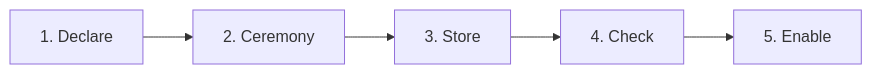
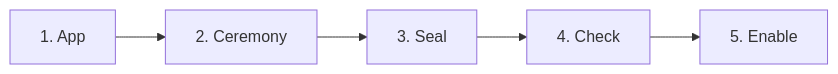
Before and after one commit to truvity/access-roster: the first of 2 diagrams in docs/integrations/connecting.md, drawn with Mermaid. The commit also changed other lines of this file and 9 other files, not shown here.

````diff
--- a/docs/integrations/connecting.md
+++ b/docs/integrations/connecting.md
@@ -13,7 +27,7 @@
 ```mermaid
 flowchart LR
-  decl["1. Declare"] --> cer["2. Ceremony"]
-  cer --> cred["3. Store"]
-  cred --> chk["4. Check"]
+  app["1. App"] --> cer["2. Ceremony"]
+  cer --> seal["3. Seal"]
+  seal --> chk["4. Check"]
   chk --> on["5. Enable"]
 ```
````
